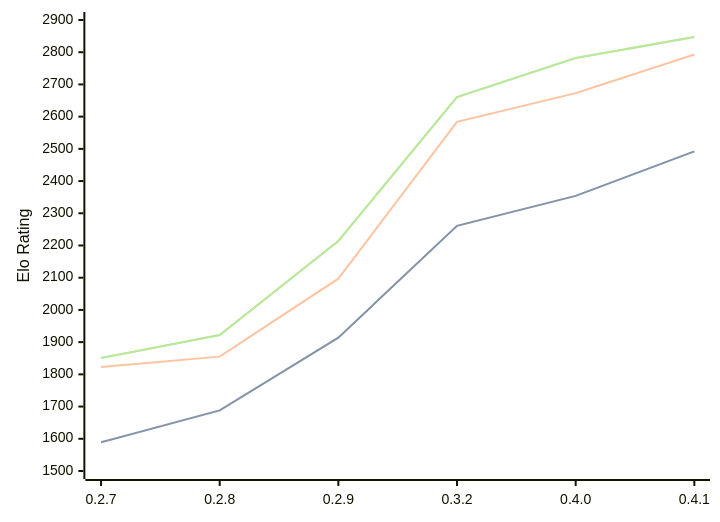
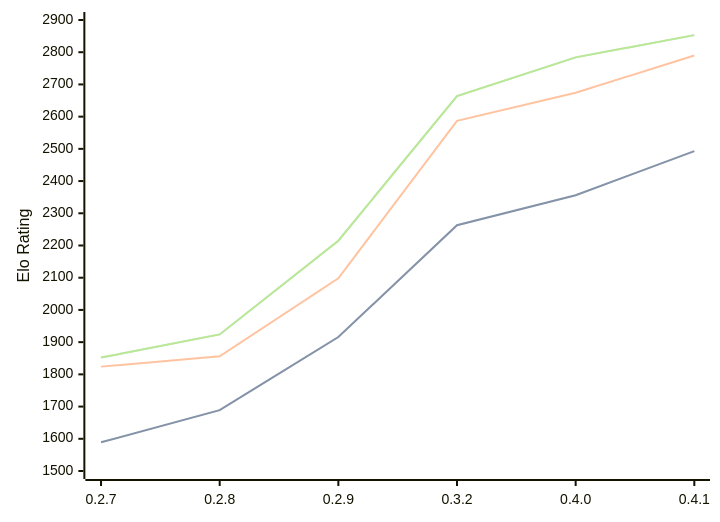
The diagram in engines/Dual.md (computer-chess-index/cci), drawn with Mermaid before and after one commit. The commit also changed other lines of this file, not shown here.

Commit message:
Update CCI Ratings (ELO VLTC) - 2026-08-09

````diff
--- a/engines/Dual.md
+++ b/engines/Dual.md
@@ -38,11 +39,11 @@
 ```mermaid
 %%{init: {"theme":"base","themeVariables":{"seriesColors:['#a3a3a3','#222221','#faa371']}}}%%
 xychart-beta
   x-axis ["0.2.7", "0.2.8", "0.2.9", "0.3.2", "0.4.0", "0.4.1"]
   y-axis "Elo Rating" 1500 --> 2900
-  line "STC (8.0+0.08s)" [1589, 1688, 1914, 2261, 2354, 2492]
-  line "STC (8.0+0.08s)" [1589, 1688, 1914, 2261, 2354, 2492]
-  line "LTC (60.0+0.60s)" [1823, 1855, 2097, 2584, 2673, 2793]
-  line "VLTC (2m24s+1.12s)" [1851, 1922, 2214, 2661, 2782, 2847]
-  line "VLTC (2m24s+1.12s)" [1851, 1922, 2214, 2661, 2782, 2847]
+  line "STC (8.0+0.08s)" [1589, 1689, 1916, 2263, 2356, 2493]
+  line "STC (8.0+0.08s)" [1589, 1689, 1916, 2263, 2356, 2493]
+  line "LTC (60.0+0.60s)" [1824, 1856, 2098, 2587, 2674, 2790]
+  line "VLTC (2m24s+1.12s)" [1852, 1924, 2215, 2664, 2784, 2853]
+  line "VLTC (2m24s+1.12s)" [1852, 1924, 2215, 2664, 2784, 2853]
 ```
````
